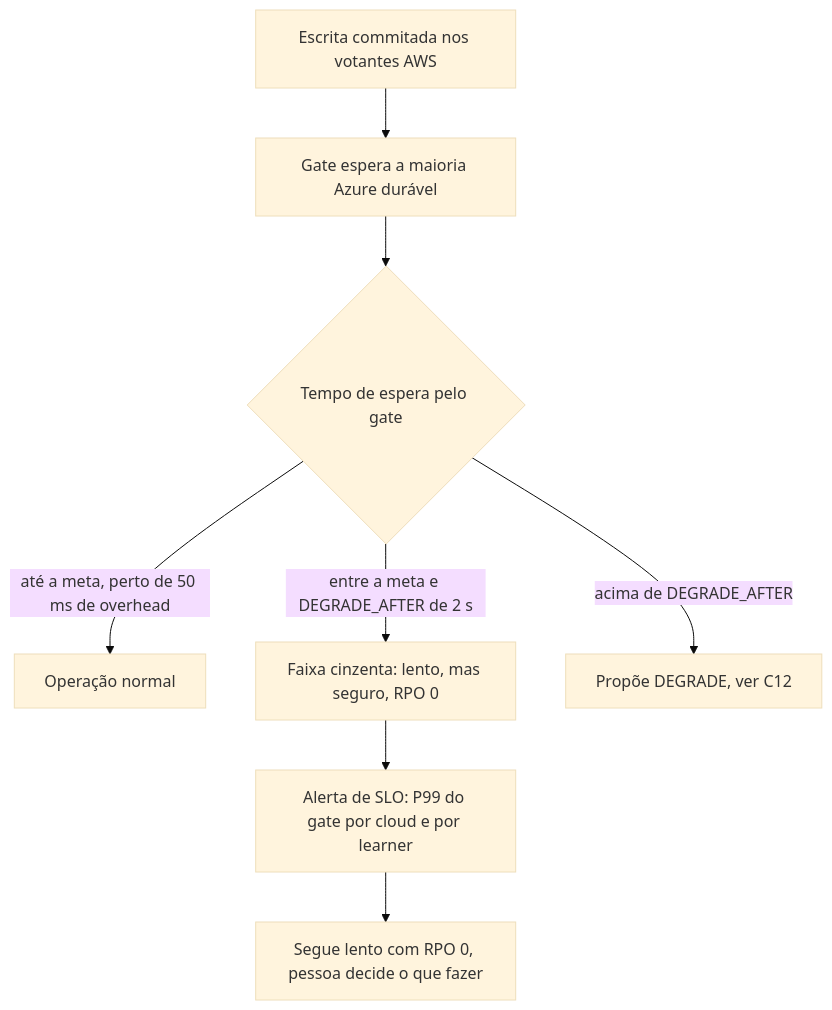
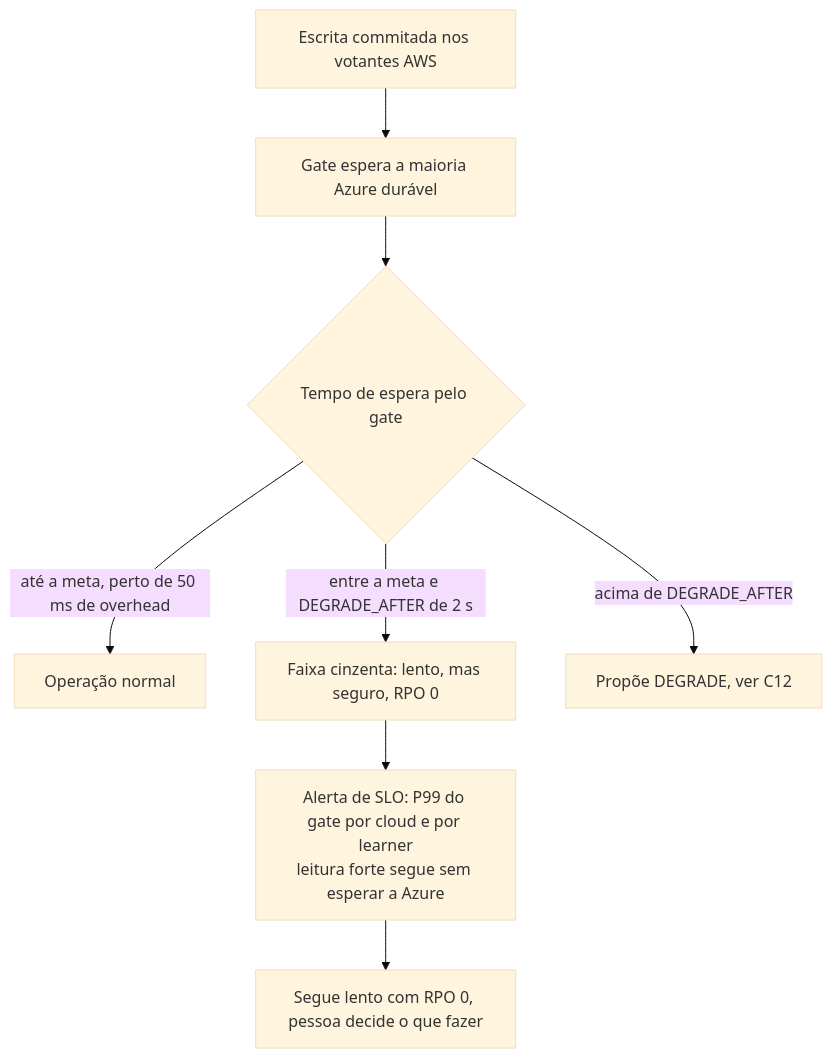
The diagram in 02_cenarios/atualizados/C25-link-lento-faixa-cinzenta.md (brbarmex/k), drawn with Mermaid (base theme) before and after one commit. The commit also changed other lines of this file and 139 other files, not shown here.

````diff
--- a/02_cenarios/atualizados/C25-link-lento-faixa-cinzenta.md
+++ b/02_cenarios/atualizados/C25-link-lento-faixa-cinzenta.md
@@ -17,10 +19,10 @@
 ```mermaid
 flowchart TD
     A["Escrita commitada nos votantes AWS"] --> B["Gate espera a maioria Azure durável"]
     B --> C{"Tempo de espera pelo gate"}
     C -->|"até a meta, perto de 50 ms de overhead"| D["Operação normal"]
     C -->|"entre a meta e DEGRADE_AFTER de 2 s"| E["Faixa cinzenta: lento, mas seguro, RPO 0"]
     C -->|"acima de DEGRADE_AFTER"| F["Propõe DEGRADE, ver C12"]
-    E --> G["Alerta de SLO: P99 do gate por cloud e por learner"]
+    E --> G["Alerta de SLO: P99 do gate por cloud e por learner<br/>leitura forte segue sem esperar a Azure"]
     G --> H["Segue lento com RPO 0, pessoa decide o que fazer"]
 ```
````
